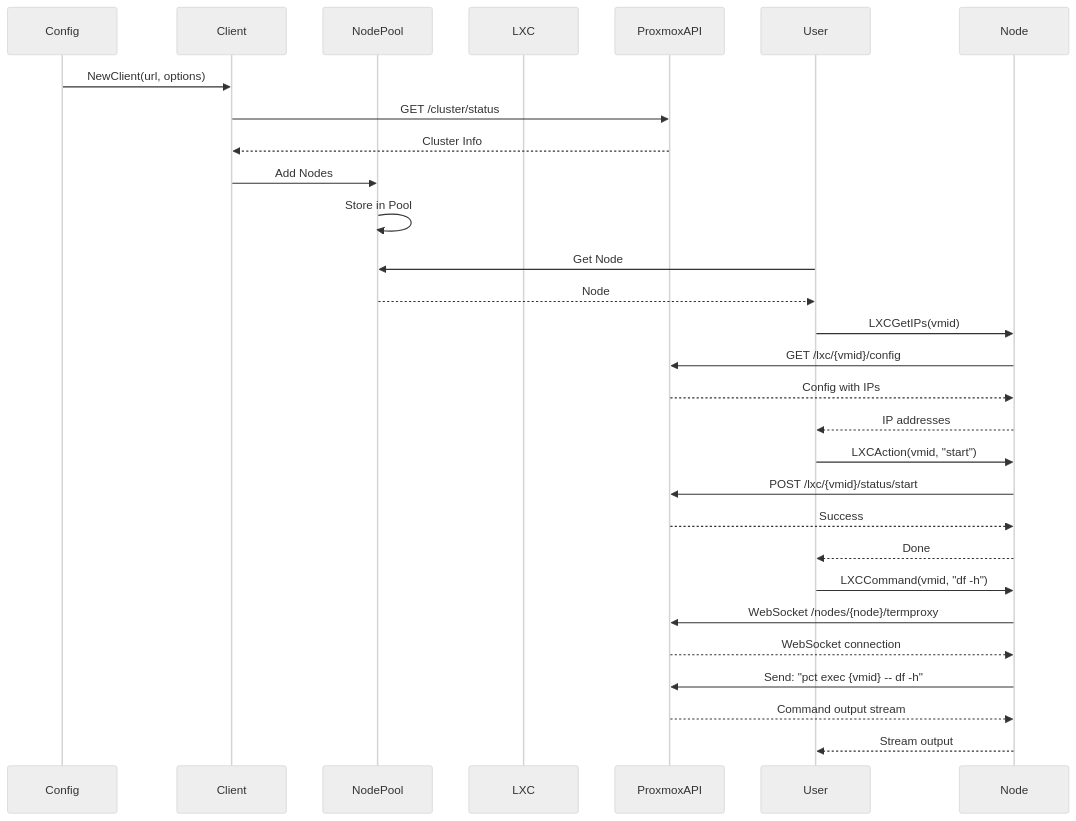
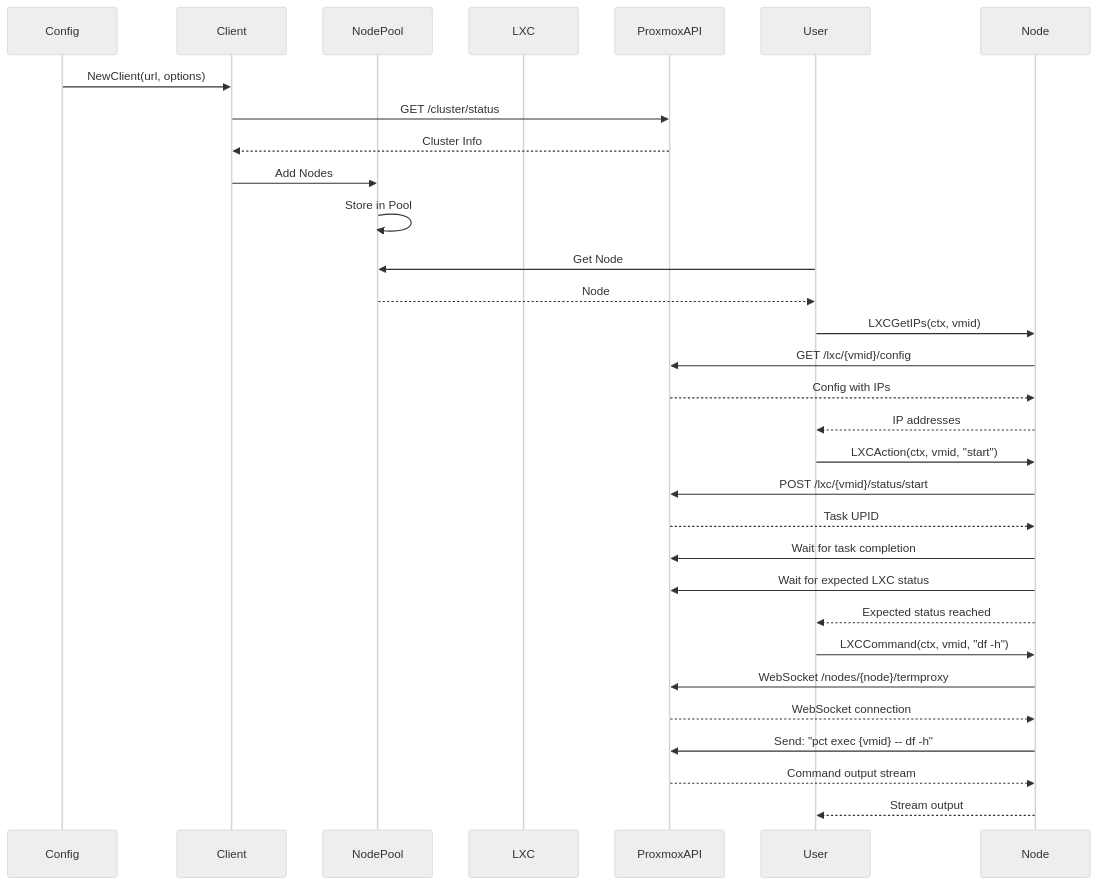
The second of 2 diagrams in content/docs/impl/internal-proxmox.mdx (yusing/godoxy-wiki), drawn with Mermaid (neutral theme) before and after one commit. The commit also changed other lines of this file and 2 other files, not shown here.

First line of the commit message:
docs(godoxy): update Proxmox and idle watcher APIs

````diff
--- a/content/docs/impl/internal-proxmox.mdx
+++ b/content/docs/impl/internal-proxmox.mdx
@@ -341,35 +359,37 @@
 ```mermaid
 sequenceDiagram
     participant Config
     participant Client
     participant NodePool
     participant LXC
 
     Config->>Client: NewClient(url, options)
     Client->>ProxmoxAPI: GET /cluster/status
     ProxmoxAPI-->>Client: Cluster Info
 
     Client->>NodePool: Add Nodes
     NodePool->>NodePool: Store in Pool
 
     participant User
     User->>NodePool: Get Node
     NodePool-->>User: Node
 
-    User->>Node: LXCGetIPs(vmid)
+    User->>Node: LXCGetIPs(ctx, vmid)
     Node->>ProxmoxAPI: GET /lxc/{vmid}/config
     ProxmoxAPI-->>Node: Config with IPs
     Node-->>User: IP addresses
 
-    User->>Node: LXCAction(vmid, "start")
+    User->>Node: LXCAction(ctx, vmid, "start")
     Node->>ProxmoxAPI: POST /lxc/{vmid}/status/start
-    ProxmoxAPI-->>Node: Success
-    Node-->>User: Done
+    ProxmoxAPI-->>Node: Task UPID
+    Node->>ProxmoxAPI: Wait for task completion
+    Node->>ProxmoxAPI: Wait for expected LXC status
+    Node-->>User: Expected status reached
 
-    User->>Node: LXCCommand(vmid, "df -h")
+    User->>Node: LXCCommand(ctx, vmid, "df -h")
     Node->>ProxmoxAPI: WebSocket /nodes/{node}/termproxy
     ProxmoxAPI-->>Node: WebSocket connection
     Node->>ProxmoxAPI: Send: "pct exec {vmid} -- df -h"
     ProxmoxAPI-->>Node: Command output stream
     Node-->>User: Stream output
 ```
````
